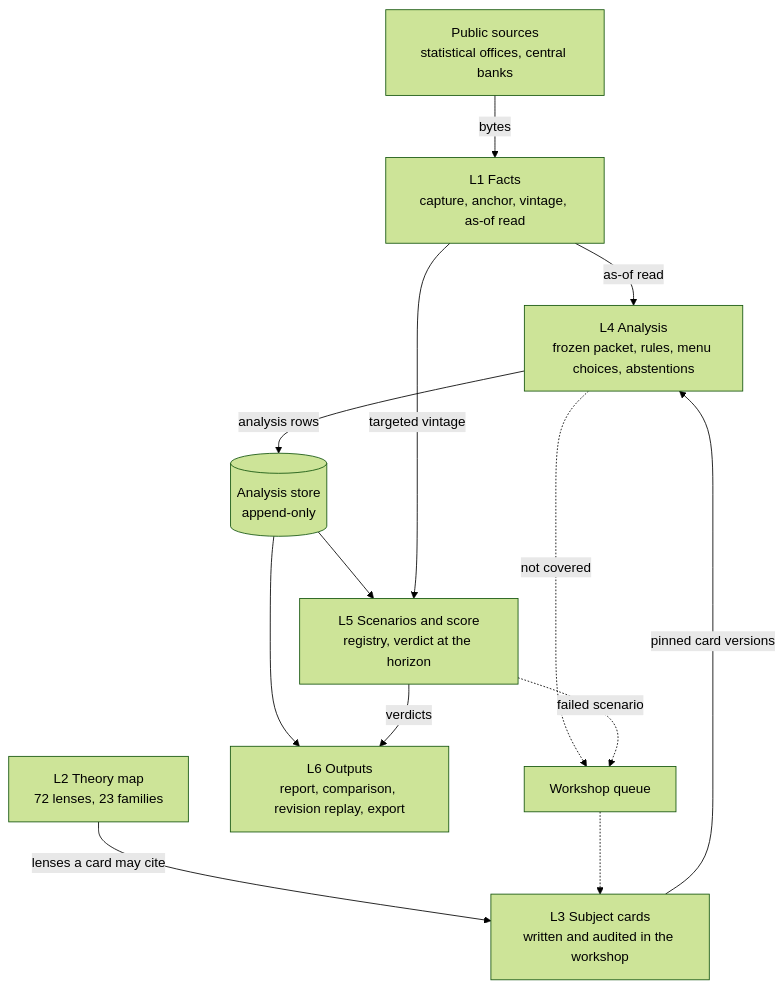
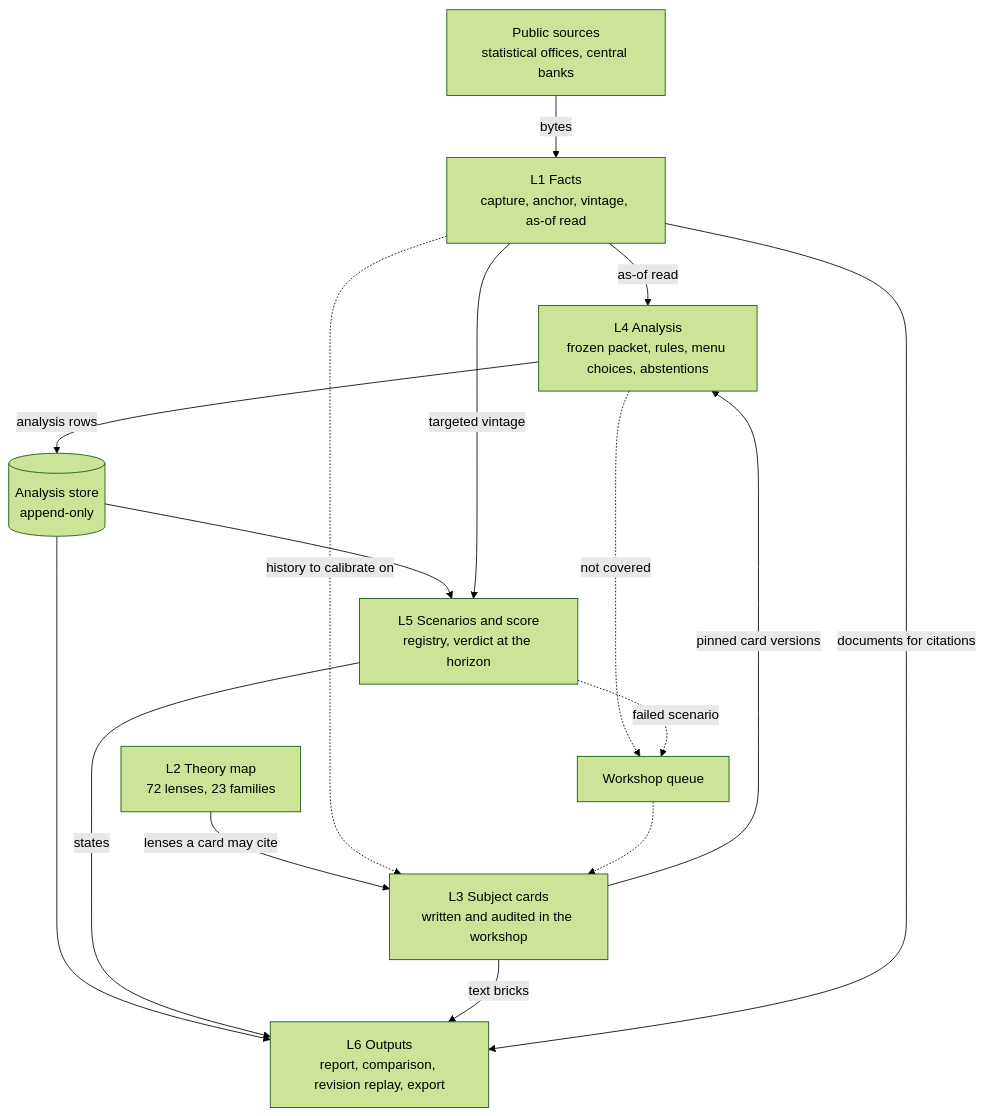
The diagram in blueprint/README.md (Sami-Andaloussi/atlas-research), drawn with Mermaid (forest theme) before and after one commit. The commit also changed other lines of this file and 10 other files, not shown here.

````diff
--- a/blueprint/README.md
+++ b/blueprint/README.md
@@ -13,15 +13,18 @@
 ```mermaid
 flowchart TD
     src["Public sources<br/>statistical offices, central banks"] -->|bytes| L1["L1 Facts<br/>capture, anchor, vintage, as-of read"]
     L2["L2 Theory map<br/>72 lenses, 23 families"] -->|lenses a card may cite| L3["L3 Subject cards<br/>written and audited in the workshop"]
     L1 -->|as-of read| L4["L4 Analysis<br/>frozen packet, rules, menu choices, abstentions"]
     L3 -->|pinned card versions| L4
     L4 -->|analysis rows| store[("Analysis store<br/>append-only")]
     store --> L5["L5 Scenarios and score<br/>registry, verdict at the horizon"]
     L1 -->|targeted vintage| L5
     store --> L6["L6 Outputs<br/>report, comparison, revision replay, export"]
-    L5 -->|verdicts| L6
+    L5 -->|states| L6
+    L3 -->|text bricks| L6
+    L1 -->|documents for citations| L6
+    L1 -.->|history to calibrate on| L3
     L4 -.->|not covered| ws["Workshop queue"]
     L5 -.->|failed scenario| ws
     ws -.-> L3
 ```
````
